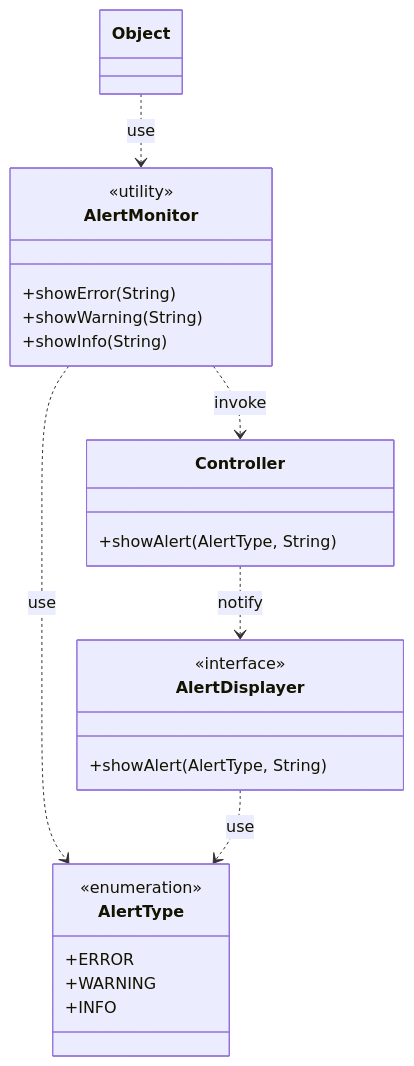
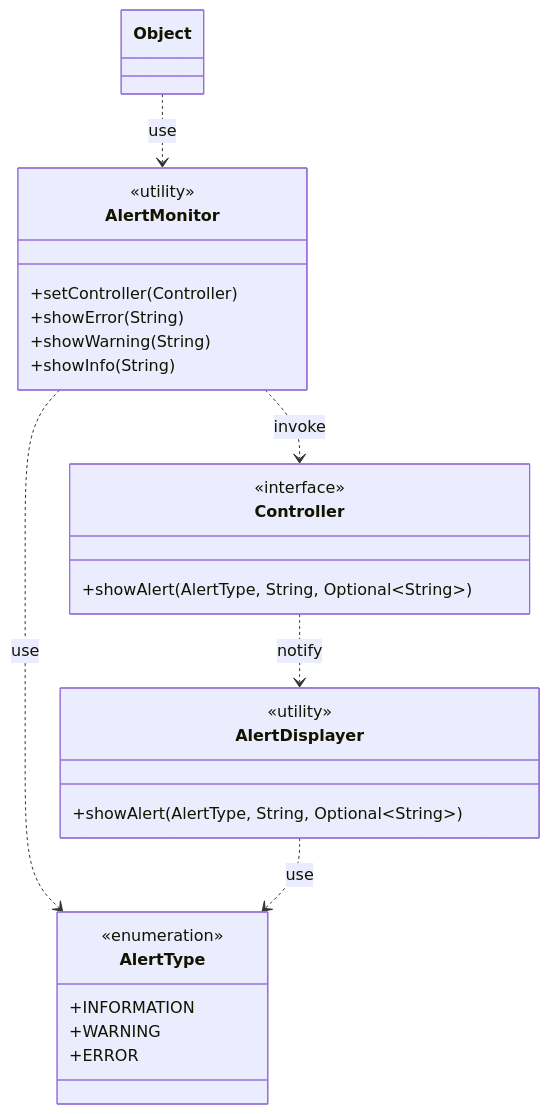
One commit to unibo-oop-projects/OOP24-Alessandro-CristoferNapolitano-SolarEgg-TodeschiMatteo-java-dyno changed the seventh of 10 diagrams in report.md. Above: the diagram before and after it, drawn with Mermaid. The commit also changed other lines of this file, not shown here.

Commit message:
UML fixing

````diff
--- a/report.md
+++ b/report.md
@@ -390,34 +390,36 @@
 ```mermaid
 classDiagram
     class AlertMonitor {
         <<utility>>
+        +setController(Controller)
         +showError(String)
         +showWarning(String)
         +showInfo(String)
     }
 
     class AlertType {
         <<enumeration>>
+        +INFORMATION
+        +WARNING
         +ERROR
-        +WARNING
-        +INFO
     }
 
     class Object {
     }
 
     class AlertDisplayer{
-        <<interface>>
-        +showAlert(AlertType, String)
+        <<utility>>
+        +showAlert(AlertType, String, Optional~String~)
     }
 
     class Controller {
-        +showAlert(AlertType, String)
+        <<interface>>
+        +showAlert(AlertType, String, Optional~String~)
     }
 
     Object ..> AlertMonitor : use
     AlertMonitor ..> AlertType : use
     AlertMonitor ..> Controller : invoke
     Controller ..> AlertDisplayer : notify
     AlertDisplayer ..> AlertType : use
 ```
````
